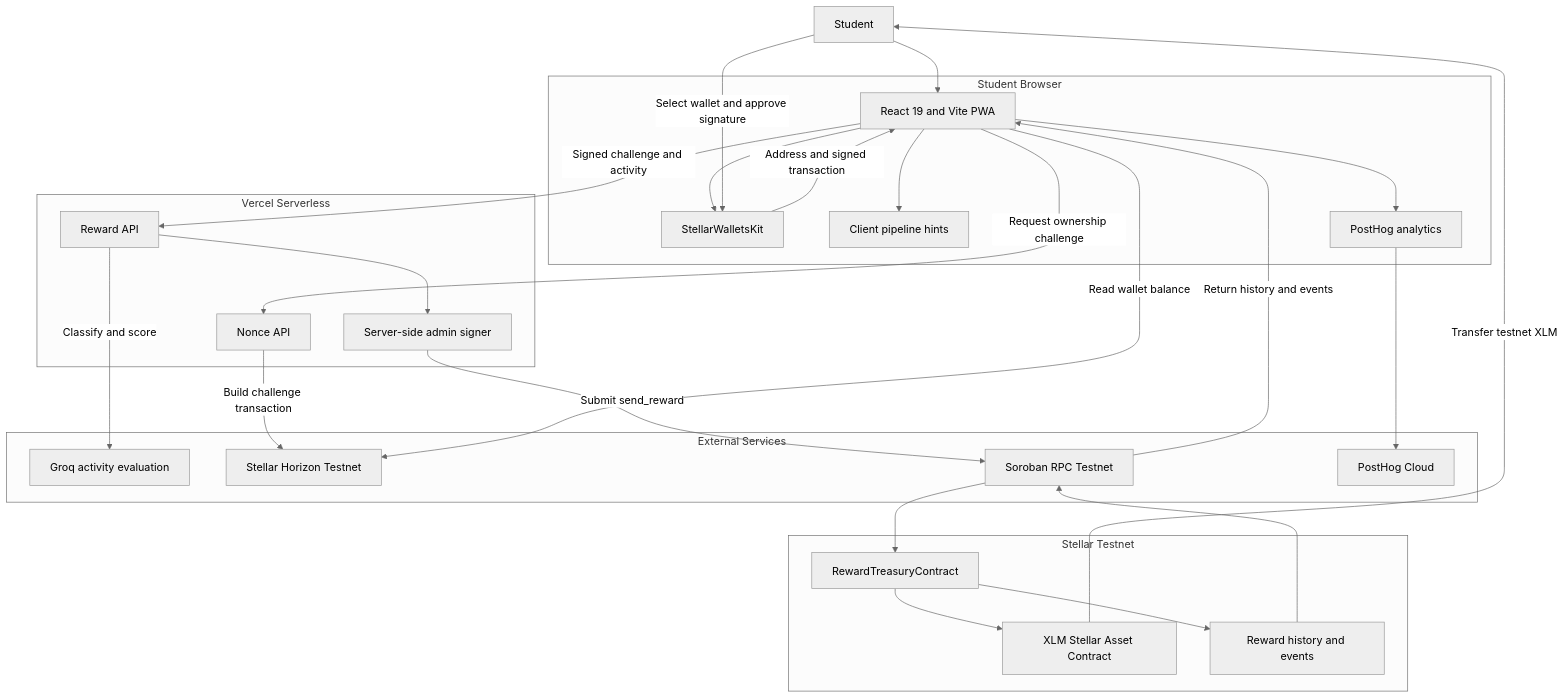
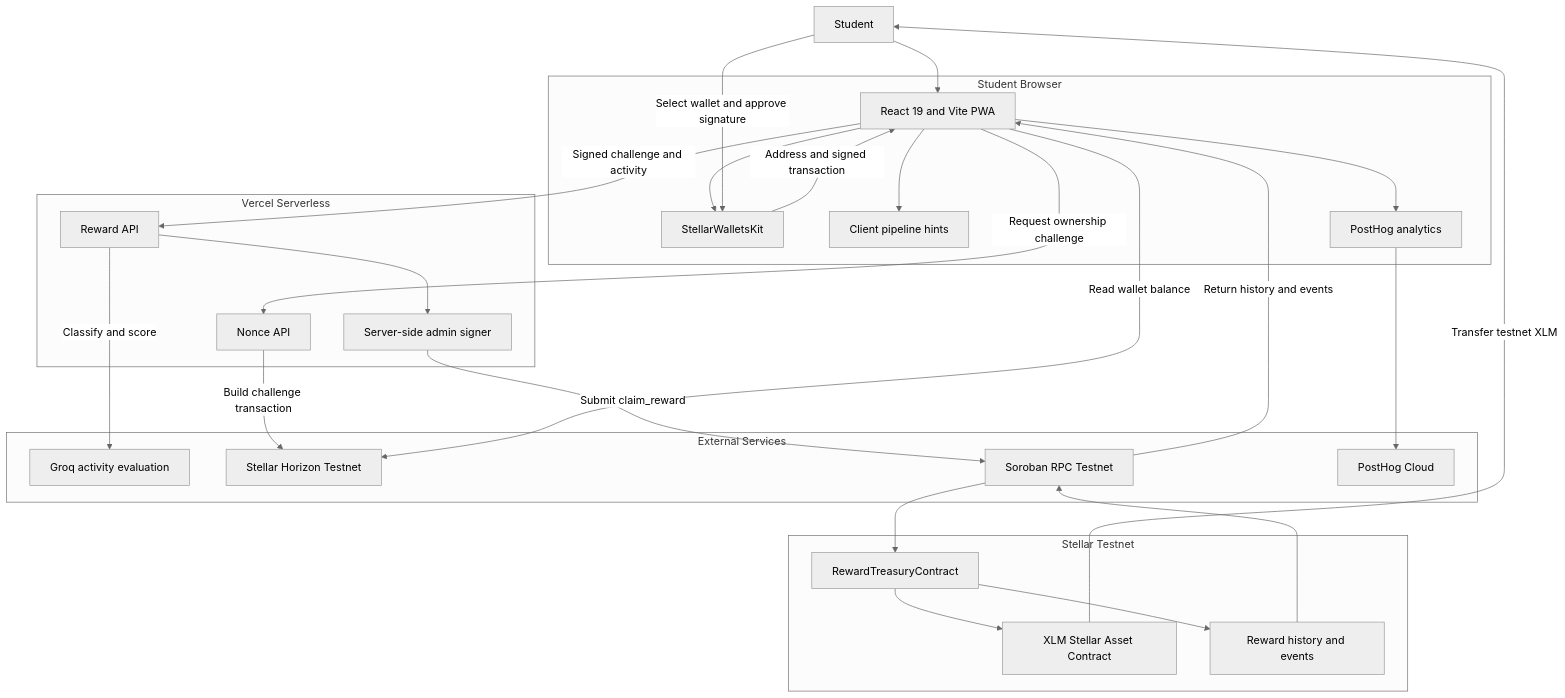
One commit to TadeyRuk/Achievo changed the third of 3 diagrams in README.md. Above: the diagram before and after it, drawn with Mermaid (neutral theme). The commit also changed other lines of this file and 44 other files, not shown here.

First line of the commit message:
Gate payouts with attestor vouchers and on-chain claim_reward.

````diff
--- a/README.md
+++ b/README.md
@@ -145,51 +145,51 @@
 ```mermaid
 flowchart TB
     Student[Student]
 
     subgraph browser [Student Browser]
         PWA[React 19 and Vite PWA]
         WalletKit[StellarWalletsKit]
         UIHints[Client pipeline hints]
         Analytics[PostHog analytics]
         PWA --> WalletKit
         PWA --> UIHints
         PWA --> Analytics
     end
 
     subgraph vercel [Vercel Serverless]
         NonceAPI[Nonce API]
         RewardAPI[Reward API]
         AdminSigner[Server-side admin signer]
         RewardAPI --> AdminSigner
     end
 
     subgraph services [External Services]
         Groq[Groq activity evaluation]
         Horizon[Stellar Horizon Testnet]
         SorobanRPC[Soroban RPC Testnet]
         PostHogCloud[PostHog Cloud]
     end
 
     subgraph stellar [Stellar Testnet]
         Treasury[RewardTreasuryContract]
         XlmSAC[XLM Stellar Asset Contract]
         History[Reward history and events]
         Treasury --> XlmSAC
         Treasury --> History
     end
 
     Student --> PWA
     Student -->|Select wallet and approve signature| WalletKit
     WalletKit -->|Address and signed transaction| PWA
     PWA -->|Request ownership challenge| NonceAPI
     NonceAPI -->|Build challenge transaction| Horizon
     PWA -->|Read wallet balance| Horizon
     PWA -->|Signed challenge and activity| RewardAPI
     RewardAPI -->|Classify and score| Groq
-    AdminSigner -->|Submit send_reward| SorobanRPC
+    AdminSigner -->|Submit claim_reward| SorobanRPC
     SorobanRPC --> Treasury
     XlmSAC -->|Transfer testnet XLM| Student
     History --> SorobanRPC
     SorobanRPC -->|Return history and events| PWA
     Analytics --> PostHogCloud
 ```
````
